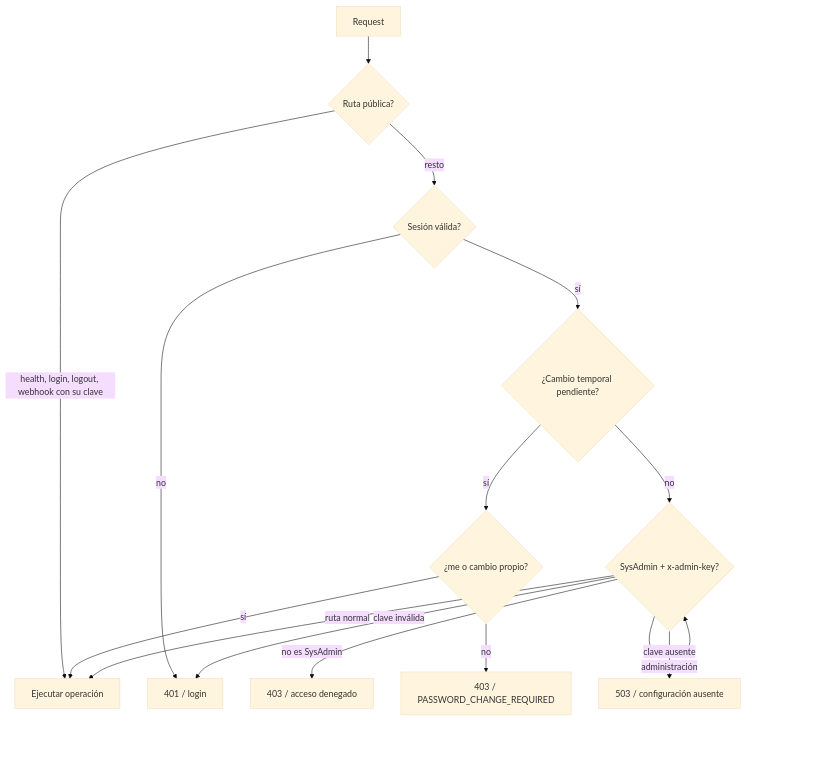
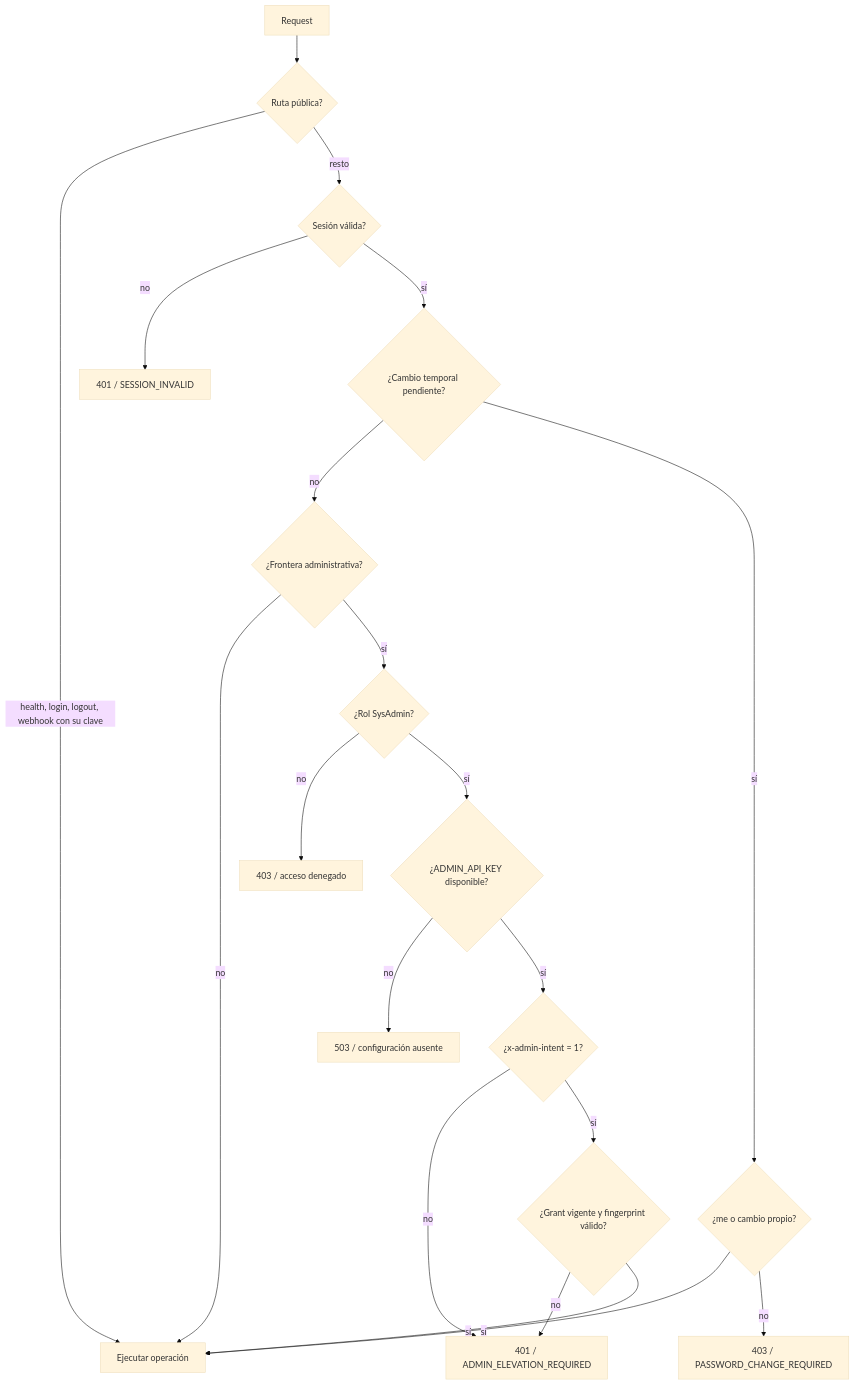
One commit to marianoLaclau/ticketsAdmin changed the ninth of 12 diagrams in docs/ARQUITECTURA.MD. Above: the diagram before and after it, drawn with Mermaid (base theme). The commit also changed other lines of this file and 8 other files, not shown here.

````diff
--- a/docs/ARQUITECTURA.MD
+++ b/docs/ARQUITECTURA.MD
@@ -381,29 +386,39 @@
 ```mermaid
 flowchart TD
     request[Request]
     public{Ruta pública?}
     session{Sesión válida?}
     password{¿Cambio temporal pendiente?}
     authOnly{¿me o cambio propio?}
-    admin{SysAdmin + x-admin-key?}
+    sensitive{¿Frontera administrativa?}
+    sysadmin{¿Rol SysAdmin?}
+    configured{¿ADMIN_API_KEY disponible?}
+    intent{¿x-admin-intent = 1?}
+    grant{¿Grant vigente y fingerprint válido?}
     allow[Ejecutar operación]
-    reject401[401 / login]
+    reject401[401 / SESSION_INVALID]
+    rejectElevation[401 / ADMIN_ELEVATION_REQUIRED]
     reject403[403 / acceso denegado]
     rejectPassword[403 / PASSWORD_CHANGE_REQUIRED]
     reject503[503 / configuración ausente]
 
     request --> public
     public -->|health, login, logout, webhook con su clave| allow
     public -->|resto| session
     session -->|no| reject401
     session -->|sí| password
-    password -->|no| admin
+    password -->|no| sensitive
     password -->|sí| authOnly
     authOnly -->|sí| allow
     authOnly -->|no| rejectPassword
-    admin -->|ruta normal| allow
-    admin -->|administración| admin
-    admin -->|no es SysAdmin| reject403
-    admin -->|clave ausente| reject503
-    admin -->|clave inválida| reject401
+    sensitive -->|no| allow
+    sensitive -->|sí| sysadmin
+    sysadmin -->|no| reject403
+    sysadmin -->|sí| configured
+    configured -->|no| reject503
+    configured -->|sí| intent
+    intent -->|no| rejectElevation
+    intent -->|sí| grant
+    grant -->|no| rejectElevation
+    grant -->|sí| allow
 ```
````
